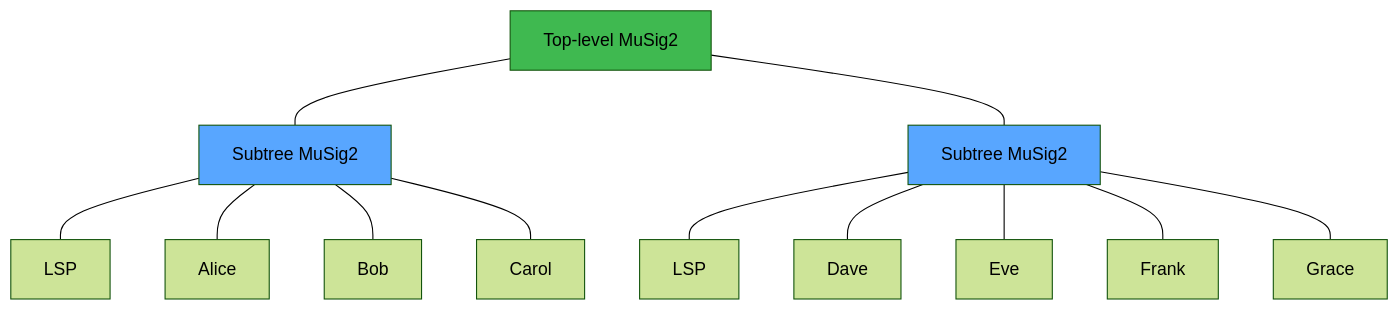
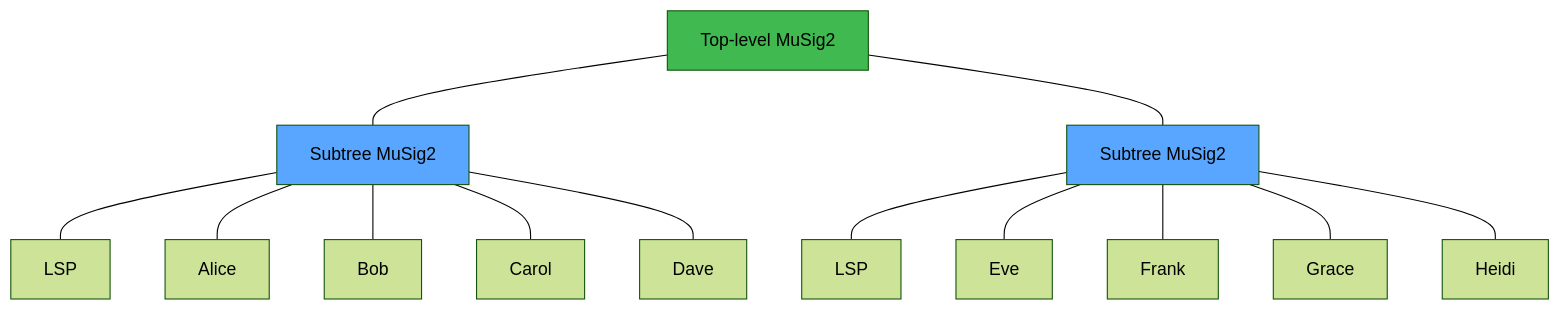
One commit to 8144225309/superscalar-docs changed the second of 6 diagrams in research/research-horizon.md. Above: the diagram before and after it, drawn with Mermaid (forest theme). The commit also changed other lines of this file and 9 other files, not shown here.

First line of the commit message:
Fix cohesion issues: timeline ordering, eltoo attribution, script size, tone, diagram accuracy

````diff
--- a/research/research-horizon.md
+++ b/research/research-horizon.md
@@ -45,31 +45,33 @@
 ```mermaid
 graph TD
     TOP["Top-level MuSig2"]
     SUB1["Subtree MuSig2"]
     SUB2["Subtree MuSig2"]
     LSP1["LSP"]
     A2["Alice"]
     B2["Bob"]
     C2["Carol"]
+    D2["Dave"]
     LSP2["LSP"]
-    D2["Dave"]
     E2["Eve"]
     F2["Frank"]
     G2["Grace"]
+    H2["Heidi"]
 
     TOP --- SUB1
     TOP --- SUB2
     SUB1 --- LSP1
     SUB1 --- A2
     SUB1 --- B2
     SUB1 --- C2
+    SUB1 --- D2
     SUB2 --- LSP2
-    SUB2 --- D2
     SUB2 --- E2
     SUB2 --- F2
     SUB2 --- G2
+    SUB2 --- H2
 
     style TOP fill:#3fb950,color:#000
     style SUB1 fill:#58a6ff,color:#000
     style SUB2 fill:#58a6ff,color:#000
 ```
````
